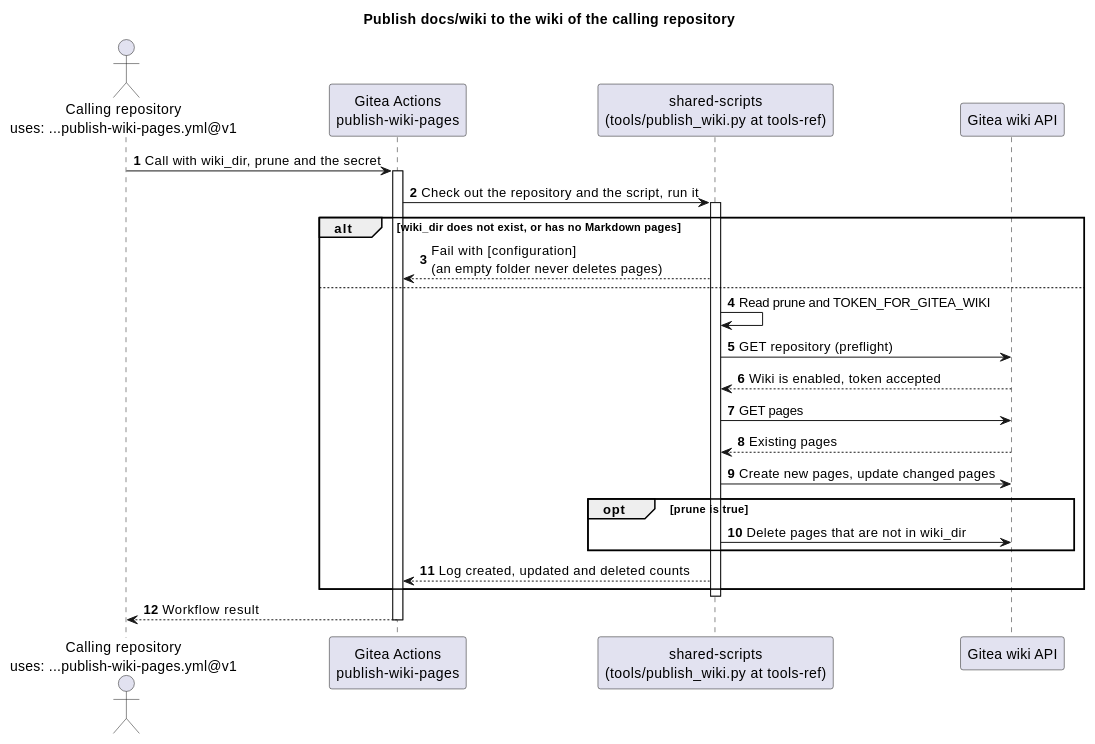
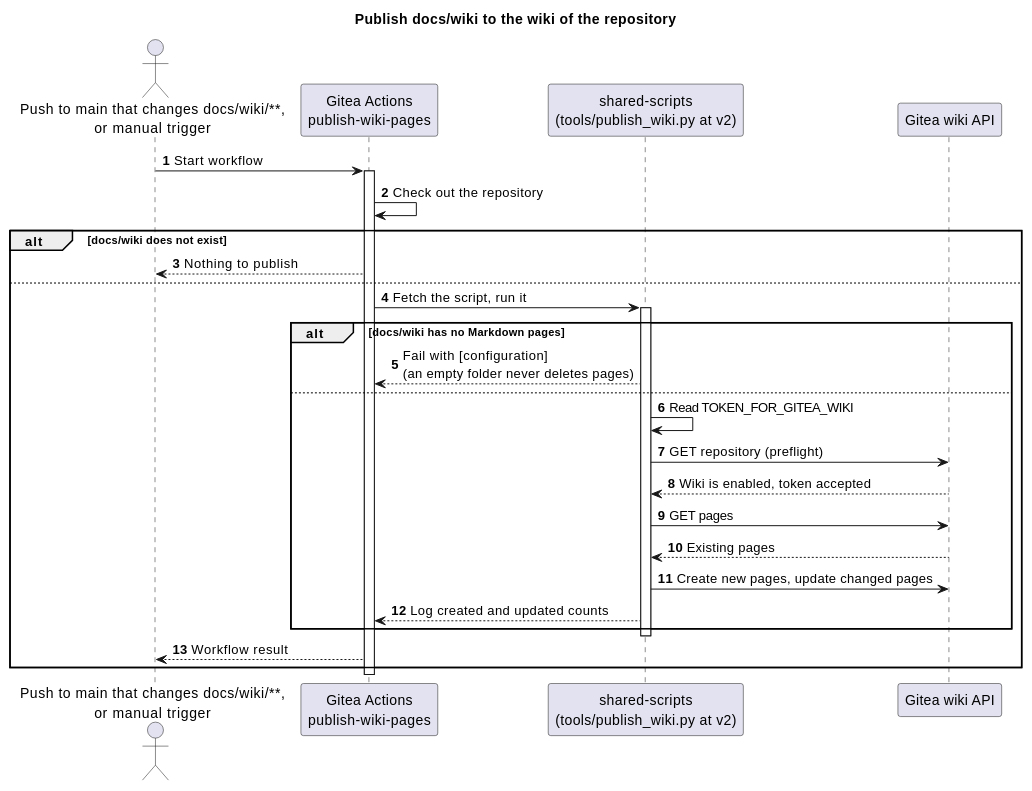
Before and after one commit to TirSystem/git-workflows: the eighth of 10 diagrams in docs/wiki/Home.ms.md, drawn with PlantUML. The commit also changed other lines of this file and 22 other files, not shown here.

First line of the commit message:
Describe the scoped wiki publishing in the README, guides and wiki pages

````diff
--- a/docs/wiki/Home.ms.md
+++ b/docs/wiki/Home.ms.md
@@ -390,35 +377,37 @@
 ```plantuml
 @startuml
-title Publish docs/wiki to the wiki of the calling repository
+title Publish docs/wiki to the wiki of the repository
 
 autonumber
 
-actor "Calling repository\nuses: ...publish-wiki-pages.yml@v1" as Caller
+actor "Push to main that changes docs/wiki/**,\nor manual trigger" as Trigger
 participant "Gitea Actions\npublish-wiki-pages" as Workflow
-participant "shared-scripts\n(tools/publish_wiki.py at tools-ref)" as Script
+participant "shared-scripts\n(tools/publish_wiki.py at v2)" as Script
 participant "Gitea wiki API" as Wiki
 
-Caller -> Workflow: Call with wiki_dir, prune and the secret
+Trigger -> Workflow: Start workflow
 activate Workflow
-Workflow -> Script: Check out the repository and the script, run it
-activate Script
+Workflow -> Workflow: Check out the repository
 
-alt wiki_dir does not exist, or has no Markdown pages
-  Script --> Workflow: Fail with [configuration]\n(an empty folder never deletes pages)
+alt docs/wiki does not exist
+  Workflow --> Trigger: Nothing to publish
 else
-  Script -> Script: Read prune and TOKEN_FOR_GITEA_WIKI
-  Script -> Wiki: GET repository (preflight)
-  Wiki --> Script: Wiki is enabled, token accepted
-  Script -> Wiki: GET pages
-  Wiki --> Script: Existing pages
-  Script -> Wiki: Create new pages, update changed pages
-  opt prune is true
-    Script -> Wiki: Delete pages that are not in wiki_dir
+  Workflow -> Script: Fetch the script, run it
+  activate Script
+  alt docs/wiki has no Markdown pages
+    Script --> Workflow: Fail with [configuration]\n(an empty folder never deletes pages)
+  else
+    Script -> Script: Read TOKEN_FOR_GITEA_WIKI
+    Script -> Wiki: GET repository (preflight)
+    Wiki --> Script: Wiki is enabled, token accepted
+    Script -> Wiki: GET pages
+    Wiki --> Script: Existing pages
+    Script -> Wiki: Create new pages, update changed pages
+    Script --> Workflow: Log created and updated counts
   end
-  Script --> Workflow: Log created, updated and deleted counts
+  deactivate Script
+  Workflow --> Trigger: Workflow result
 end
-deactivate Script
-Workflow --> Caller: Workflow result
 deactivate Workflow
 @enduml
 ```
````
